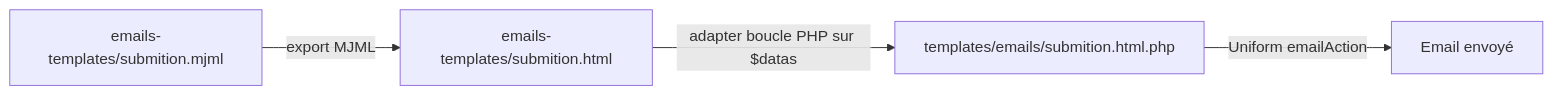
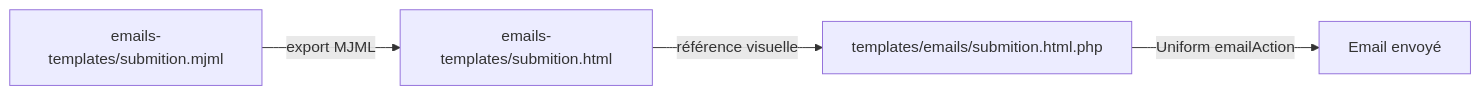
Before and after one commit to batgithub/Kirby-form-snippets: the diagram in docs/tech.md, drawn with Mermaid. The commit also changed other lines of this file and 4 other files, not shown here.

````diff
--- a/docs/tech.md
+++ b/docs/tech.md
@@ -219,9 +272,9 @@
 ```mermaid
 flowchart LR
     mjml["emails-templates/submition.mjml"]
     htmlRef["emails-templates/submition.html"]
     phpTpl["templates/emails/submition.html.php"]
     mjml -->|"export MJML"| htmlRef
-    htmlRef -->|"adapter boucle PHP sur $datas"| phpTpl
+    htmlRef -->|"référence visuelle"| phpTpl
     phpTpl -->|"Uniform emailAction"| email["Email envoyé"]
 ```
````
